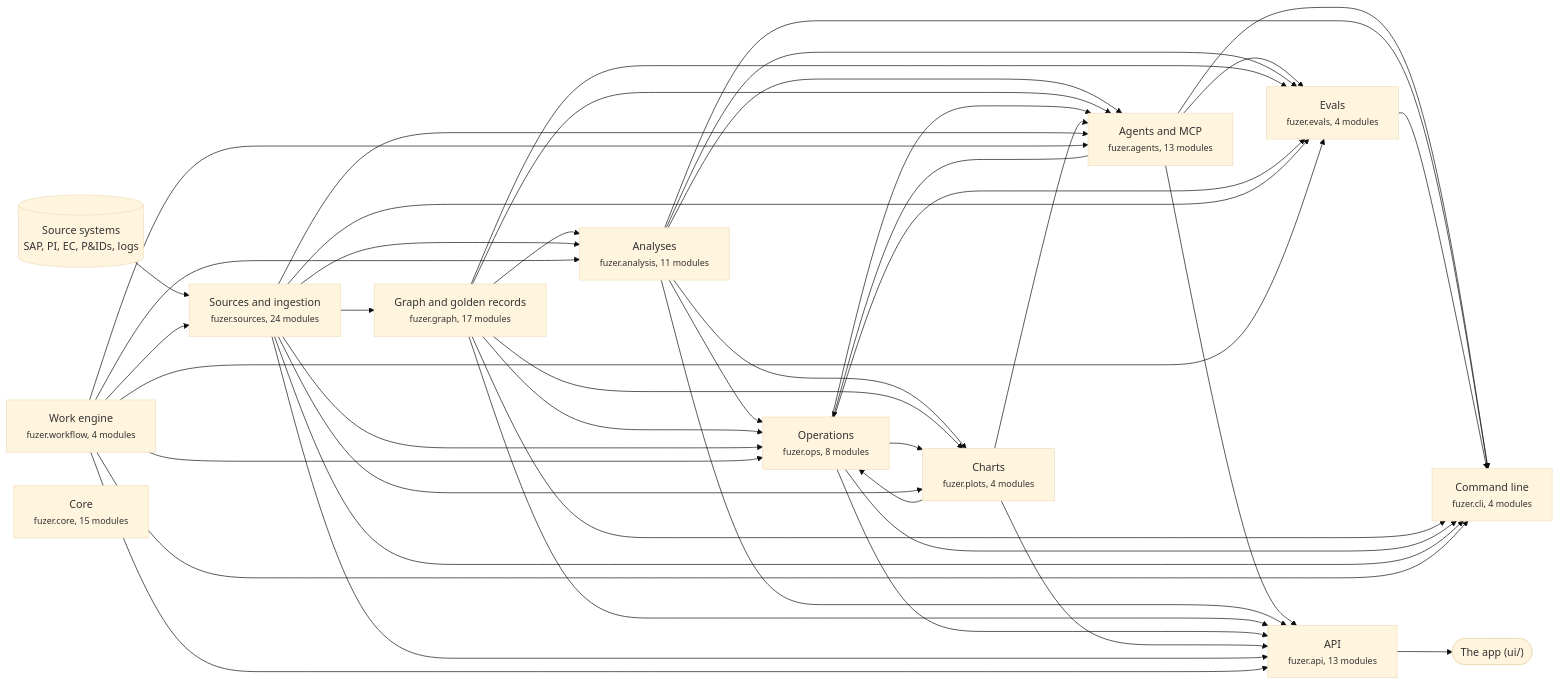
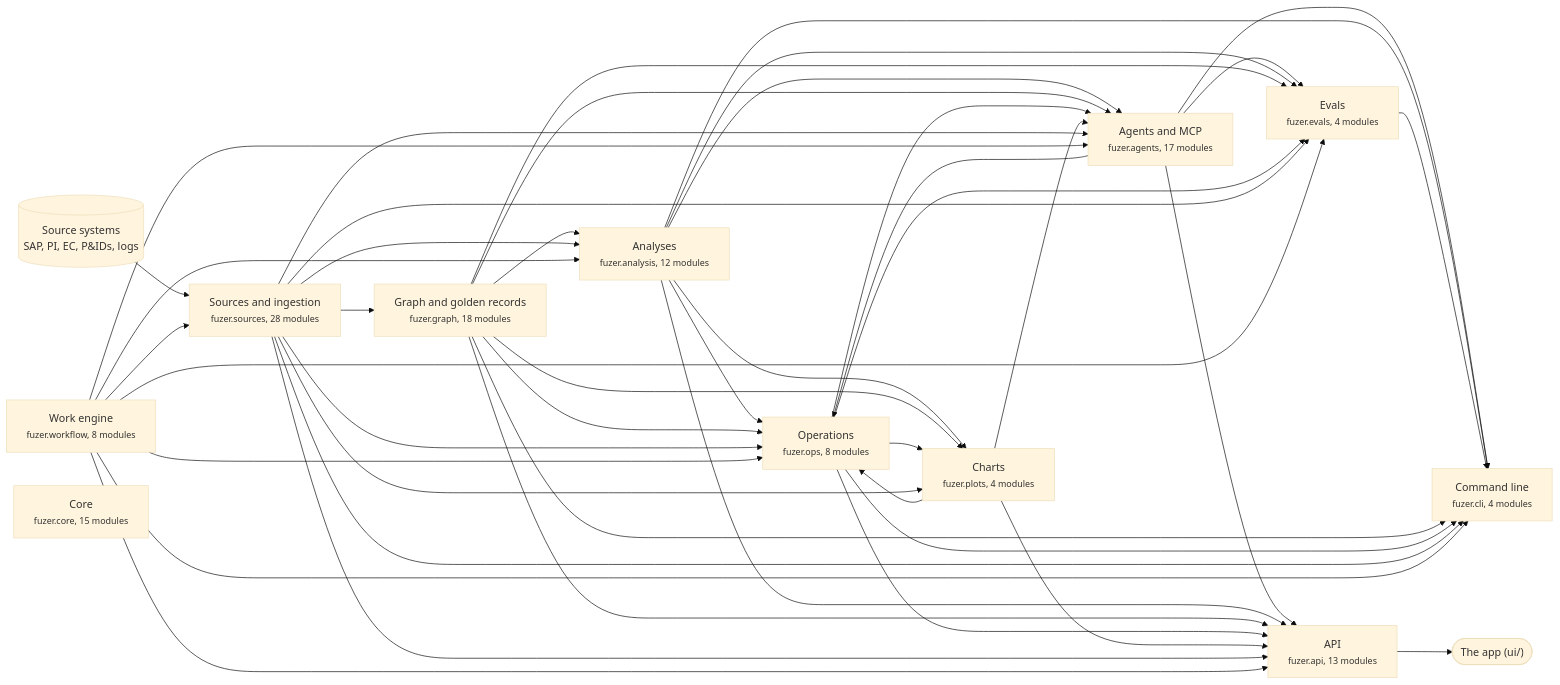
One commit to areed145/fuzer changed the first of 3 diagrams in docs/architecture.md. Above: the diagram before and after it, drawn with Mermaid (base theme). The commit also changed other lines of this file and 19 other files, not shown here.

````diff
--- a/docs/architecture.md
+++ b/docs/architecture.md
@@ -8,69 +8,69 @@
 ```mermaid
 flowchart LR
   systems[("Source systems<br>SAP, PI, EC, P&IDs, logs")] --> c_sources
   app(["The app (ui/)"])
   c_api --> app
-  c_sources["Sources and ingestion<br><small>fuzer.sources, 24 modules</small>"]
-  c_graph["Graph and golden records<br><small>fuzer.graph, 17 modules</small>"]
-  c_analysis["Analyses<br><small>fuzer.analysis, 11 modules</small>"]
+  c_sources["Sources and ingestion<br><small>fuzer.sources, 28 modules</small>"]
+  c_graph["Graph and golden records<br><small>fuzer.graph, 18 modules</small>"]
+  c_analysis["Analyses<br><small>fuzer.analysis, 12 modules</small>"]
   c_ops["Operations<br><small>fuzer.ops, 8 modules</small>"]
   c_plots["Charts<br><small>fuzer.plots, 4 modules</small>"]
-  c_workflow["Work engine<br><small>fuzer.workflow, 4 modules</small>"]
-  c_agents["Agents and MCP<br><small>fuzer.agents, 13 modules</small>"]
+  c_workflow["Work engine<br><small>fuzer.workflow, 8 modules</small>"]
+  c_agents["Agents and MCP<br><small>fuzer.agents, 17 modules</small>"]
   c_evals["Evals<br><small>fuzer.evals, 4 modules</small>"]
   c_api["API<br><small>fuzer.api, 13 modules</small>"]
   c_cli["Command line<br><small>fuzer.cli, 4 modules</small>"]
   c_core["Core<br><small>fuzer.core, 15 modules</small>"]
   c_workflow --> c_sources
   c_sources --> c_graph
   c_graph --> c_analysis
   c_sources --> c_analysis
   c_workflow --> c_analysis
   c_agents --> c_ops
   c_analysis --> c_ops
   c_graph --> c_ops
   c_plots --> c_ops
   c_sources --> c_ops
   c_workflow --> c_ops
   c_analysis --> c_plots
   c_graph --> c_plots
   c_ops --> c_plots
   c_sources --> c_plots
   c_analysis --> c_agents
   c_graph --> c_agents
   c_ops --> c_agents
   c_plots --> c_agents
   c_sources --> c_agents
   c_workflow --> c_agents
   c_agents --> c_evals
   c_analysis --> c_evals
   c_graph --> c_evals
   c_ops --> c_evals
   c_sources --> c_evals
   c_workflow --> c_evals
   c_agents --> c_api
   c_analysis --> c_api
   c_graph --> c_api
   c_ops --> c_api
   c_plots --> c_api
   c_sources --> c_api
   c_workflow --> c_api
   c_agents --> c_cli
   c_analysis --> c_cli
   c_evals --> c_cli
   c_graph --> c_cli
   c_ops --> c_cli
   c_sources --> c_cli
   c_workflow --> c_cli
   click c_sources "https://github.com/areed145/fuzer/tree/main/src/fuzer/sources"
   click c_graph "https://github.com/areed145/fuzer/tree/main/src/fuzer/graph"
   click c_analysis "https://github.com/areed145/fuzer/tree/main/src/fuzer/analysis"
   click c_ops "https://github.com/areed145/fuzer/tree/main/src/fuzer/ops"
   click c_plots "https://github.com/areed145/fuzer/tree/main/src/fuzer/plots"
   click c_workflow "https://github.com/areed145/fuzer/tree/main/src/fuzer/workflow"
   click c_agents "https://github.com/areed145/fuzer/tree/main/src/fuzer/agents"
   click c_evals "https://github.com/areed145/fuzer/tree/main/src/fuzer/evals"
   click c_api "https://github.com/areed145/fuzer/tree/main/src/fuzer/api"
   click c_cli "https://github.com/areed145/fuzer/tree/main/src/fuzer/cli"
   click c_core "https://github.com/areed145/fuzer/tree/main/src/fuzer/core"
 ```
````
